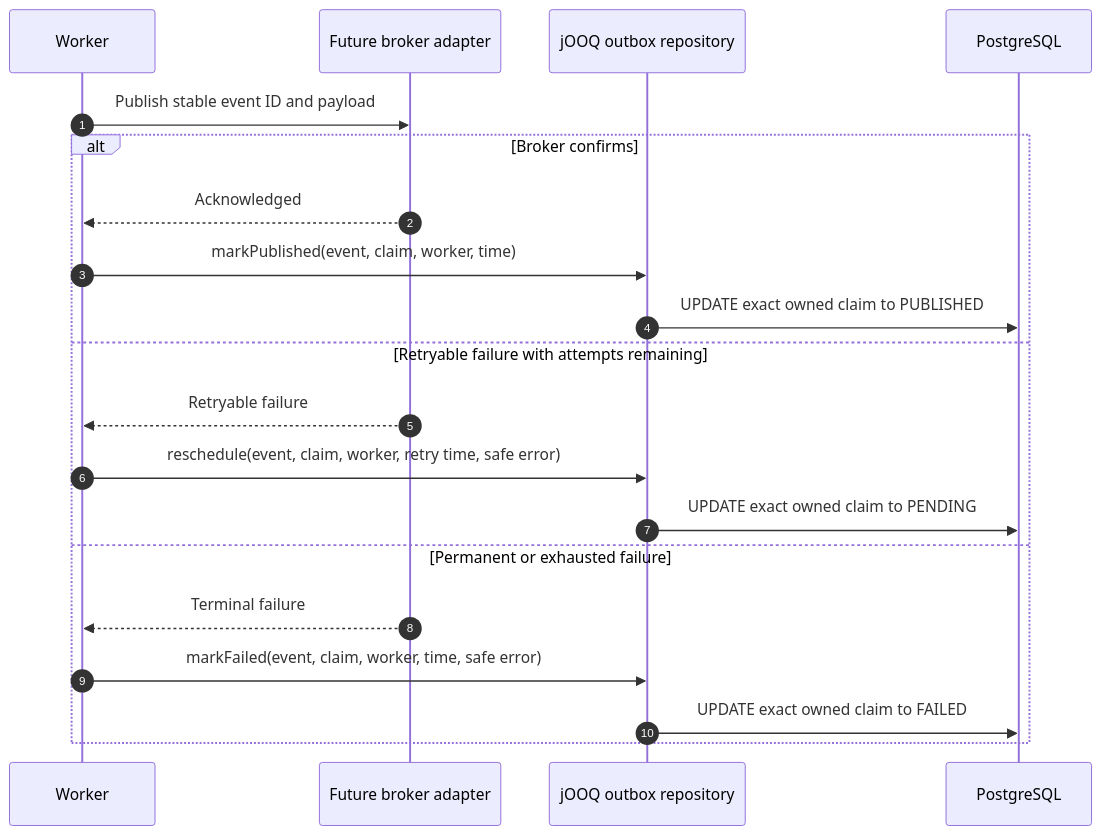
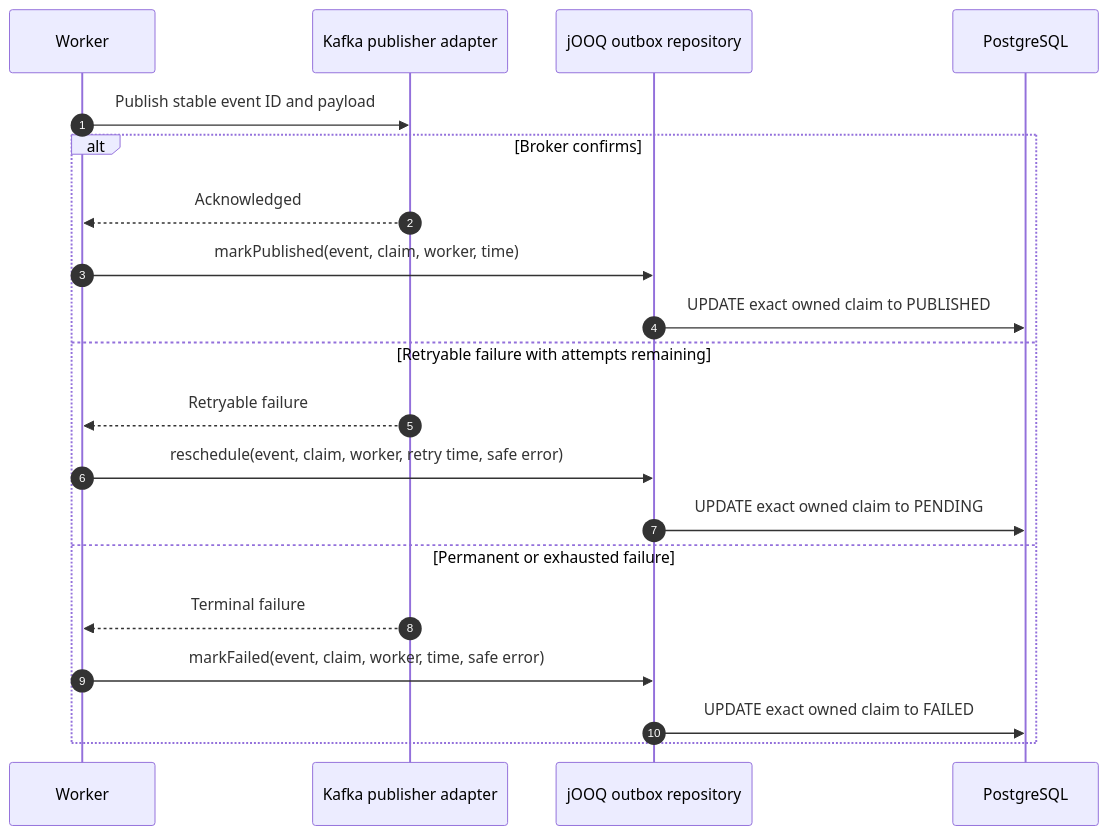
The third of 5 diagrams in docs/outbox-lifecycle.md (PietroRussoD/commerce-integration-hub), drawn with Mermaid before and after one commit. The commit also changed other lines of this file and 5 other files, not shown here.

````diff
--- a/docs/outbox-lifecycle.md
+++ b/docs/outbox-lifecycle.md
@@ -53,23 +53,23 @@
 ```mermaid
 sequenceDiagram
     autonumber
     participant Worker
-    participant Broker as Future broker adapter
+    participant Broker as Kafka publisher adapter
     participant Repository as jOOQ outbox repository
     participant Database as PostgreSQL
 
     Worker->>Broker: Publish stable event ID and payload
     alt Broker confirms
         Broker-->>Worker: Acknowledged
         Worker->>Repository: markPublished(event, claim, worker, time)
         Repository->>Database: UPDATE exact owned claim to PUBLISHED
     else Retryable failure with attempts remaining
         Broker-->>Worker: Retryable failure
         Worker->>Repository: reschedule(event, claim, worker, retry time, safe error)
         Repository->>Database: UPDATE exact owned claim to PENDING
     else Permanent or exhausted failure
         Broker-->>Worker: Terminal failure
         Worker->>Repository: markFailed(event, claim, worker, time, safe error)
         Repository->>Database: UPDATE exact owned claim to FAILED
     end
 ```
````
